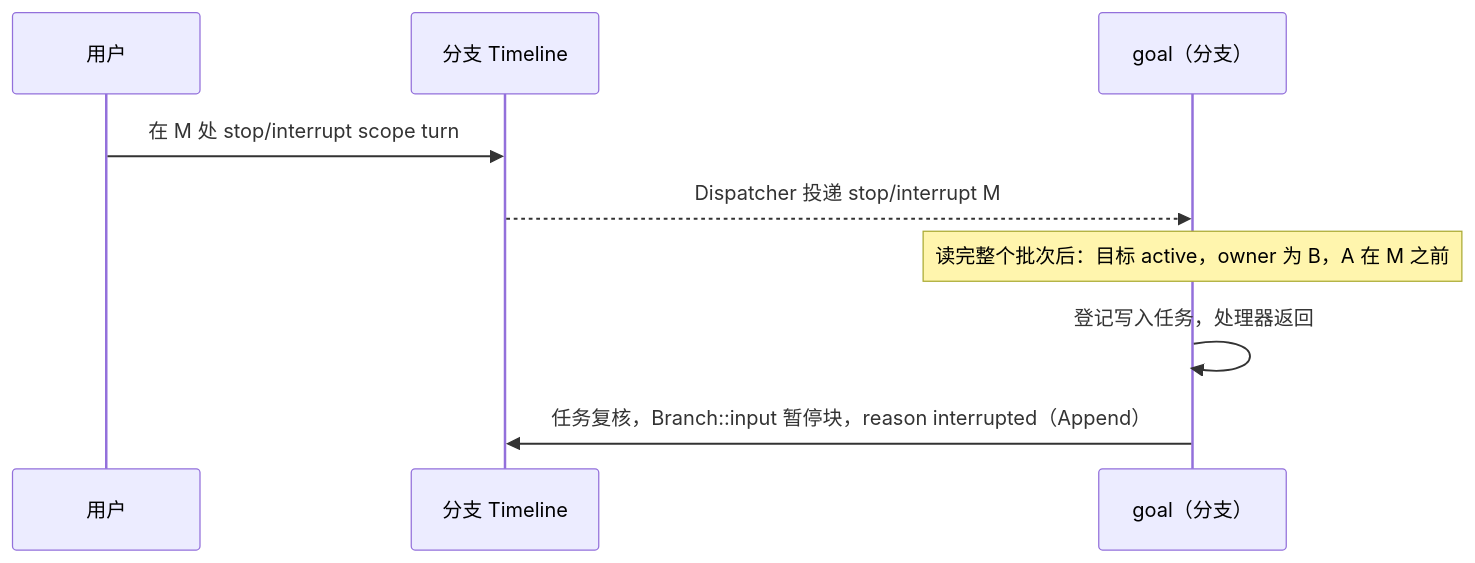
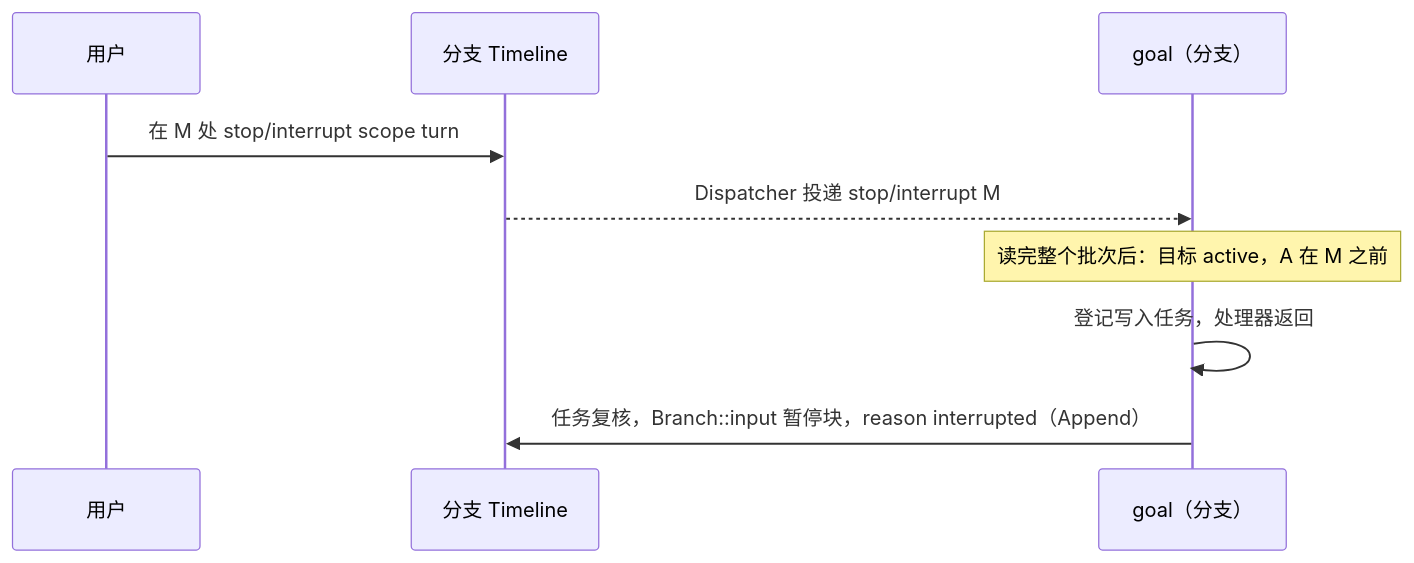
Before and after one commit to CoutinhoTTS/dim-agent: the fifth of 7 diagrams in docs/zh/design/plugins/Goal.md, drawn with Mermaid. The commit also changed other lines of this file and 3 other files, not shown here.

````diff
--- a/docs/zh/design/plugins/Goal.md
+++ b/docs/zh/design/plugins/Goal.md
@@ -148,11 +150,11 @@
 ```mermaid
 sequenceDiagram
   participant User as 用户
   participant TL as 分支 Timeline
   participant G as goal（分支）
   User->>TL: 在 M 处 stop/interrupt scope turn
   TL-->>G: Dispatcher 投递 stop/interrupt M
-  Note over G: 读完整个批次后：目标 active，owner 为 B，A 在 M 之前
+  Note over G: 读完整个批次后：目标 active，A 在 M 之前
   G->>G: 登记写入任务，处理器返回
   G->>TL: 任务复核，Branch::input 暂停块，reason interrupted（Append）
 ```
````
